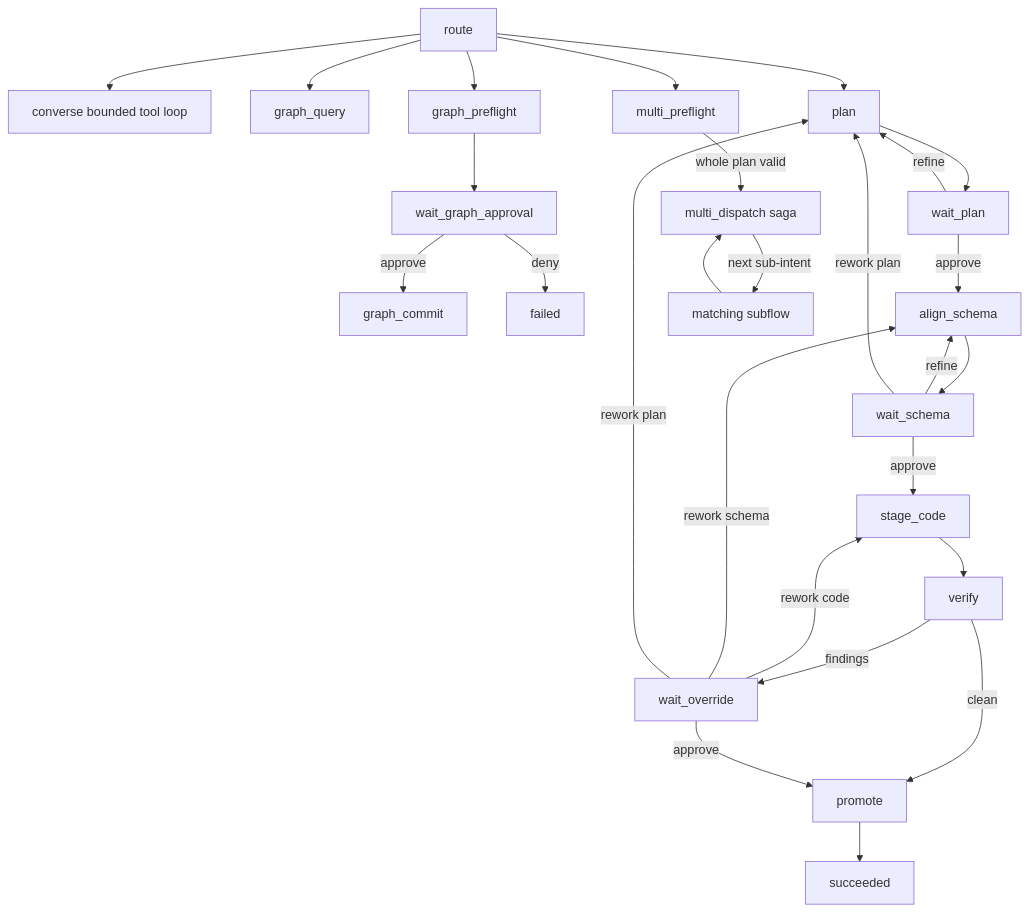
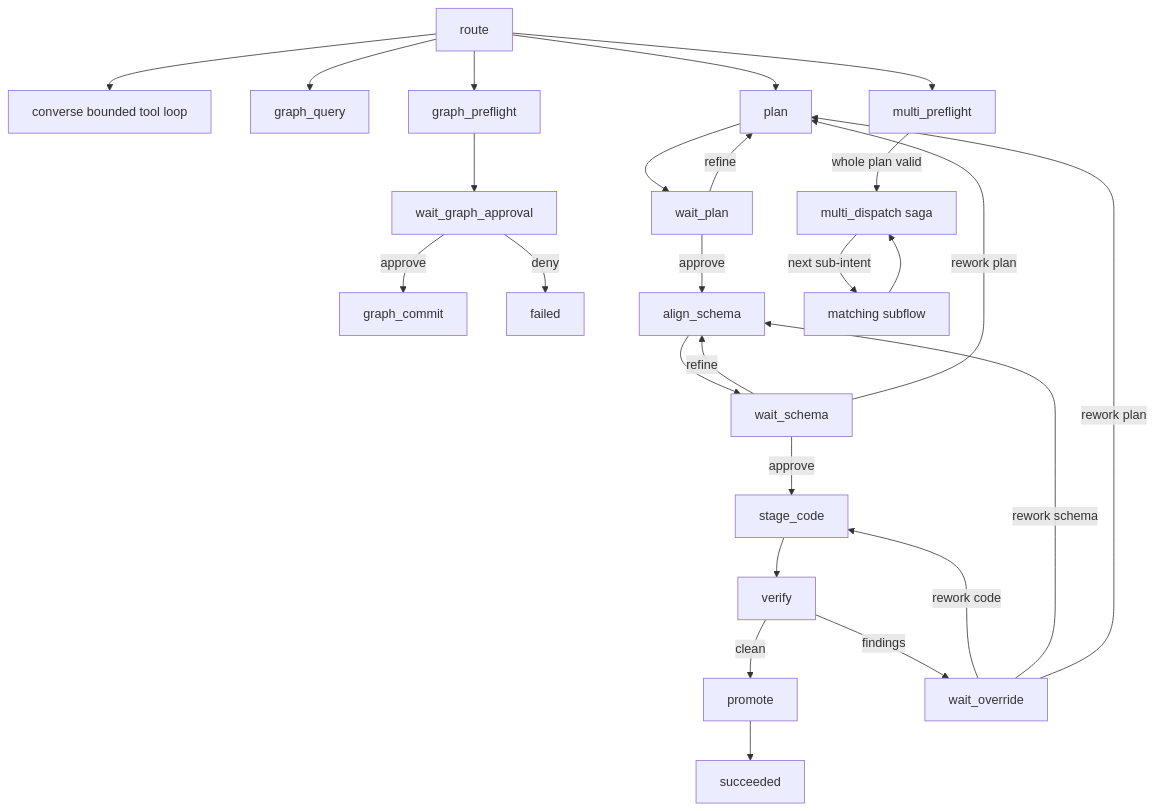
The fourth of 7 diagrams in docs/en/architecture/uml.md (BillShiyaoZhang/ambient-agent), drawn with Mermaid before and after one commit. The commit also changed other lines of this file and 21 other files, not shown here.

Commit message:
Enforce schema validation and repair workflows

````diff
--- a/docs/en/architecture/uml.md
+++ b/docs/en/architecture/uml.md
@@ -118,31 +118,30 @@
 ```mermaid
 flowchart TB
     Route[route] --> Converse[converse bounded tool loop]
     Route --> Query[graph_query]
     Route --> GPre[graph_preflight]
     GPre --> GWait[wait_graph_approval]
     GWait -->|approve| GCommit[graph_commit]
     GWait -->|deny| Failed[failed]
 
     Route --> Plan[plan]
     Plan --> WPlan[wait_plan]
     WPlan -->|approve| Align[align_schema]
     WPlan -->|refine| Plan
     Align --> WSchema[wait_schema]
     WSchema -->|approve| Stage[stage_code]
     WSchema -->|refine| Align
     WSchema -->|rework plan| Plan
     Stage --> Verify[verify]
     Verify -->|clean| Promote[promote]
     Verify -->|findings| Override[wait_override]
-    Override -->|approve| Promote
     Override -->|rework code| Stage
     Override -->|rework schema| Align
     Override -->|rework plan| Plan
     Promote --> Success[succeeded]
 
     Route --> Multi[multi_preflight]
     Multi -->|whole plan valid| Saga[multi_dispatch saga]
     Saga -->|next sub-intent| RouteSub[matching subflow]
     RouteSub --> Saga
 ```
````
